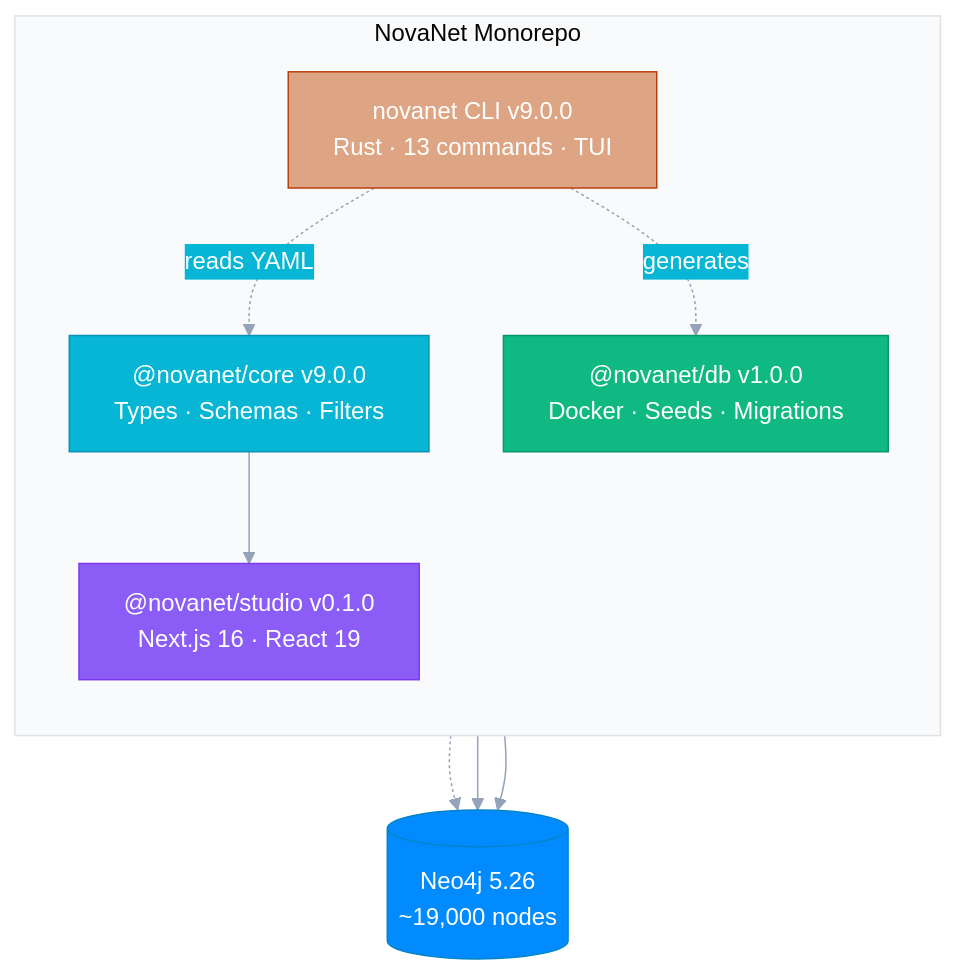
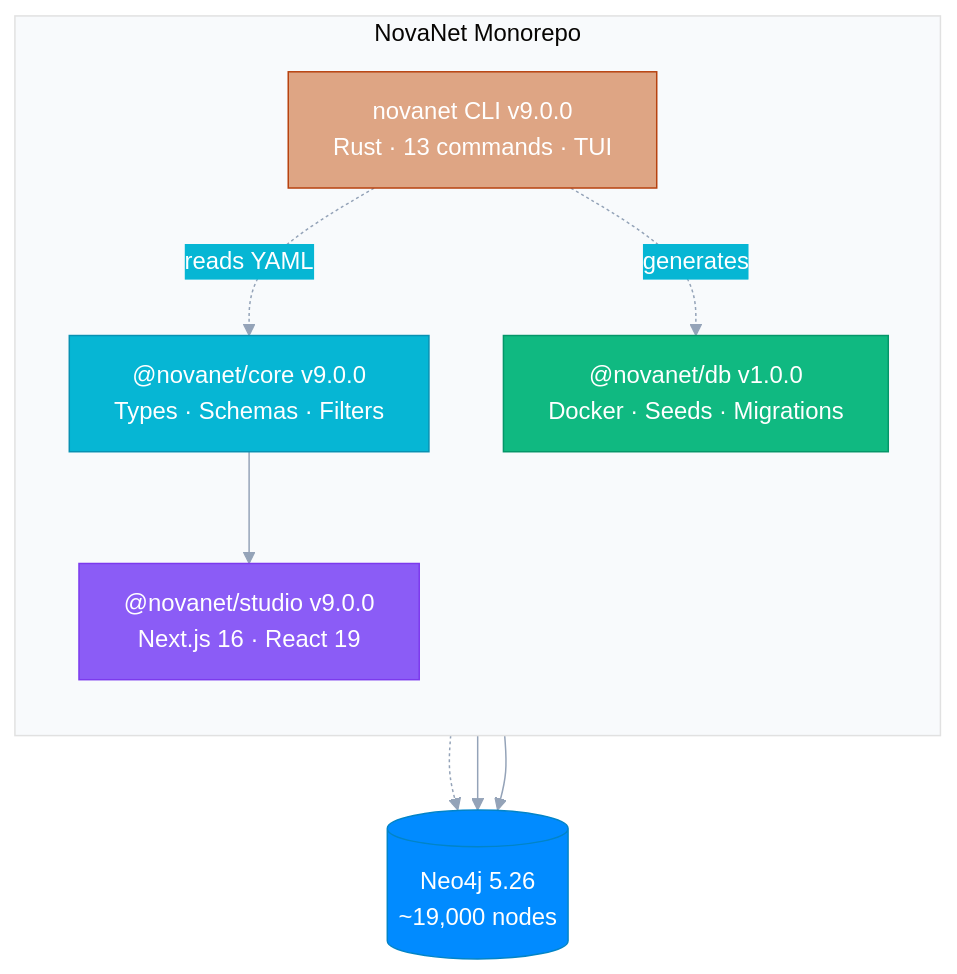
Before and after one commit to supernovae-st/novanet: the diagram in README.md, drawn with Mermaid. The commit also changed other lines of this file and 2 other files, not shown here.

Commit message:
chore: bump Studio v9.0.0 + add auto-release workflow
- Bump @novanet/studio from 0.1.0 to 9.0.0
- Update README version references
- Add .github/workflows/release.yml for auto-release on tag push
  - Detects pre-release versions (v*-rc*, v*-beta*, etc.)
  - Generates release notes with commit count
  - Links to CHANGELOG.md

````diff
--- a/README.md
+++ b/README.md
@@ -44,33 +44,33 @@
 ```mermaid
 %%{init: {'theme': 'base', 'themeVariables': {
   'primaryColor': '#6366f1',
   'primaryTextColor': '#fff',
   'primaryBorderColor': '#4f46e5',
   'lineColor': '#94a3b8',
   'secondaryColor': '#06b6d4',
   'tertiaryColor': '#f8fafc'
 }}}%%
 flowchart TB
     subgraph MONO["NovaNet Monorepo"]
         direction TB
         CORE["@novanet/core v9.0.0\nTypes · Schemas · Filters"]
         DB["@novanet/db v1.0.0\nDocker · Seeds · Migrations"]
-        STUDIO["@novanet/studio v0.1.0\nNext.js 16 · React 19"]
+        STUDIO["@novanet/studio v9.0.0\nNext.js 16 · React 19"]
         RUST["novanet CLI v9.0.0\nRust · 13 commands · TUI"]
     end
 
     CORE --> STUDIO
     RUST -.->|reads YAML| CORE
     RUST -.->|generates| DB
 
     NEO4J[("Neo4j 5.26\n~19,000 nodes")]
     DB -.-> NEO4J
     STUDIO --> NEO4J
     RUST --> NEO4J
 
     style CORE fill:#06b6d4,stroke:#0891b2,color:#fff
     style DB fill:#10b981,stroke:#059669,color:#fff
     style STUDIO fill:#8b5cf6,stroke:#7c3aed,color:#fff
     style RUST fill:#DEA584,stroke:#B7410E,color:#fff
     style NEO4J fill:#018bff,stroke:#0284c7,color:#fff
 ```
````
